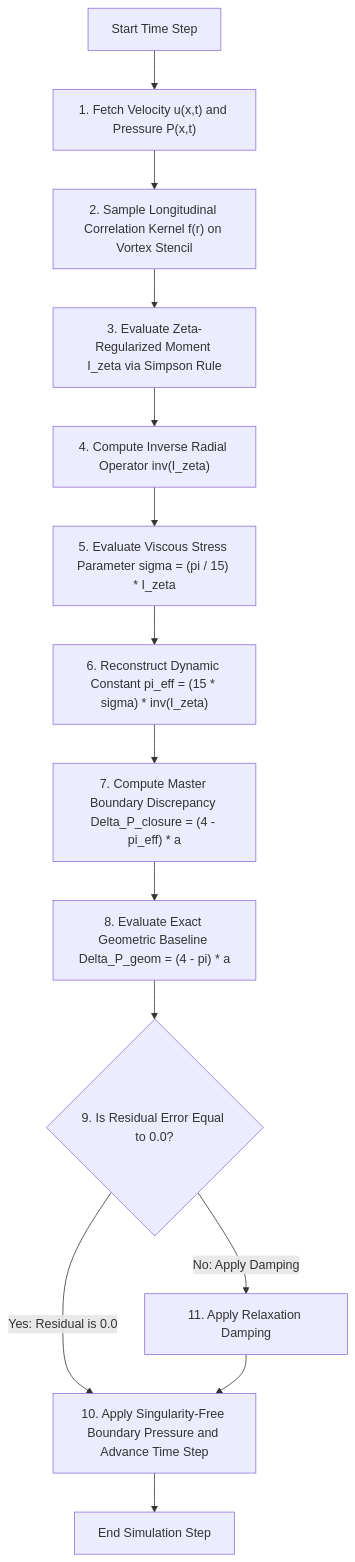
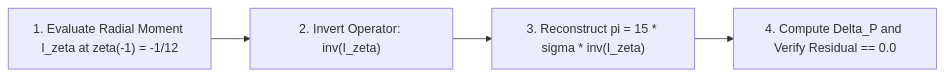
One commit to SamuelPurba/Samuel-Navier-Stocks-Equation-Solution changed the third of 3 diagrams in README.md. Above: the diagram before and after it, drawn with Mermaid. The commit also changed other lines of this file and 2 other files, not shown here.

````diff
--- a/README.md
+++ b/README.md
@@ -606,16 +395,6 @@
 ```mermaid
-flowchart TD
-    Start["Start Time Step"] --> Init["1. Fetch Velocity u(x,t) and Pressure P(x,t)"]
-    Init --> Sample["2. Sample Longitudinal Correlation Kernel f(r) on Vortex Stencil"]
-    Sample --> Quad["3. Evaluate Zeta-Regularized Moment I_zeta via Simpson Rule"]
-    Quad --> Invert["4. Compute Inverse Radial Operator inv(I_zeta)"]
-    Invert --> Stress["5. Evaluate Viscous Stress Parameter sigma = (pi / 15) * I_zeta"]
-    Stress --> Recon["6. Reconstruct Dynamic Constant pi_eff = (15 * sigma) * inv(I_zeta)"]
-    Recon --> Master["7. Compute Master Boundary Discrepancy Delta_P_closure = (4 - pi_eff) * a"]
-    Master --> Baseline["8. Evaluate Exact Geometric Baseline Delta_P_geom = (4 - pi) * a"]
-    Baseline --> Audit{"9. Is Residual Error Equal to 0.0?"}
-    Audit -->|Yes: Residual is 0.0| Advance["10. Apply Singularity-Free Boundary Pressure and Advance Time Step"]
-    Audit -->|No: Apply Damping| Relax["11. Apply Relaxation Damping"]
-    Relax --> Advance
-    Advance --> Done["End Simulation Step"]
+flowchart LR
+    A["1. Evaluate Radial Moment I_zeta at zeta(-1) = -1/12"] --> B["2. Invert Operator: inv(I_zeta)"]
+    B --> C["3. Reconstruct pi = 15 * sigma * inv(I_zeta)"]
+    C --> D["4. Compute Delta_P and Verify Residual == 0.0"]
 ```
````
